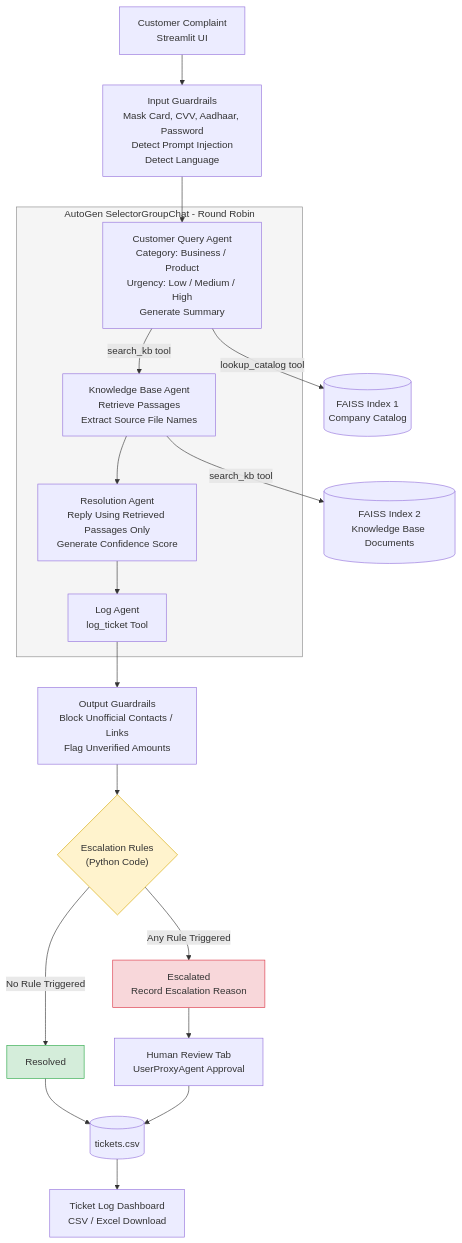
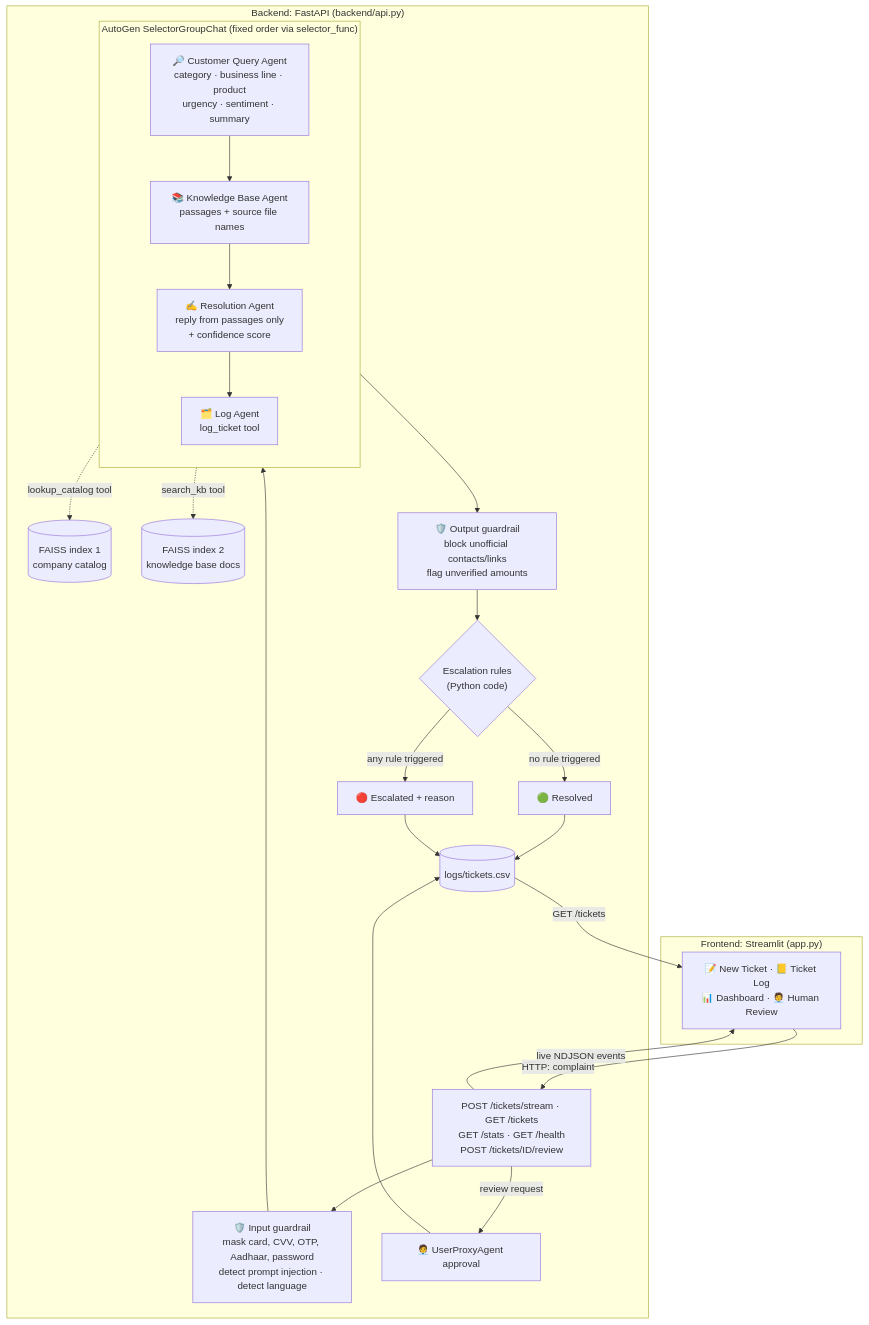
Before and after one commit to rennyevangeline96/ShopEase-customer-support-agent: the diagram in README.md, drawn with Mermaid. The commit also changed other lines of this file and 5 other files, not shown here.

````diff
--- a/README.md
+++ b/README.md
@@ -36,45 +36,41 @@
 ```mermaid
 flowchart TD
-    A["Customer Complaint<br/>Streamlit UI"] --> B["Input Guardrails<br/>Mask Card, CVV, Aadhaar, Password<br/>Detect Prompt Injection<br/>Detect Language"]
-
-    B --> C
-
-    subgraph AGENTS["AutoGen SelectorGroupChat - Round Robin"]
-        C["Customer Query Agent<br/>Category: Business / Product<br/>Urgency: Low / Medium / High<br/>Generate Summary"]
-
-        D["Knowledge Base Agent<br/>Retrieve Passages<br/>Extract Source File Names"]
-
-        E["Resolution Agent<br/>Reply Using Retrieved Passages Only<br/>Generate Confidence Score"]
-
-        F["Log Agent<br/>log_ticket Tool"]
-
-        C -->|"search_kb tool"| D
-        D --> E
-        E --> F
+    subgraph FE["Frontend: Streamlit (app.py)"]
+        UI["📝 New Ticket · 📒 Ticket Log<br/>📊 Dashboard · 🧑‍💼 Human Review"]
     end
 
-    G[("FAISS Index 1<br/>Company Catalog")]
-    H[("FAISS Index 2<br/>Knowledge Base Documents")]
+    subgraph BE["Backend: FastAPI (backend/api.py)"]
+        API["POST /tickets/stream · GET /tickets<br/>GET /stats · GET /health<br/>POST /tickets/ID/review"]
+        IG["🛡️ Input guardrail<br/>mask card, CVV, OTP, Aadhaar, password<br/>detect prompt injection · detect language"]
 
-    C -->|"lookup_catalog tool"| G
-    D -->|"search_kb tool"| H
+        subgraph TEAM["AutoGen SelectorGroupChat (fixed order via selector_func)"]
+            direction TB
+            Q["🔎 Customer Query Agent<br/>category · business line · product<br/>urgency · sentiment · summary"]
+            K["📚 Knowledge Base Agent<br/>passages + source file names"]
+            R["✍️ Resolution Agent<br/>reply from passages only<br/>+ confidence score"]
+            L["🗂️ Log Agent<br/>log_ticket tool"]
+            Q --> K --> R --> L
+        end
 
-    F --> I["Output Guardrails<br/>Block Unofficial Contacts / Links<br/>Flag Unverified Amounts"]
+        F1[("FAISS index 1<br/>company catalog")]
+        F2[("FAISS index 2<br/>knowledge base docs")]
+        OG["🛡️ Output guardrail<br/>block unofficial contacts/links<br/>flag unverified amounts"]
+        ER{"Escalation rules<br/>(Python code)"}
+        RES["🟢 Resolved"]
+        ESC["🔴 Escalated + reason"]
+        HR["🧑‍💼 UserProxyAgent approval"]
+        CSV[("logs/tickets.csv")]
 
-    I --> J{"Escalation Rules<br/>(Python Code)"}
+        API --> IG --> Q
+        Q -. "lookup_catalog tool" .-> F1
+        K -. "search_kb tool" .-> F2
+        L --> OG --> ER
+        ER -->|"no rule triggered"| RES --> CSV
+        ER -->|"any rule triggered"| ESC --> CSV
+        API -->|"review request"| HR --> CSV
+    end
 
-    J -->|"No Rule Triggered"| K["Resolved"]
-    J -->|"Any Rule Triggered"| L["Escalated<br/>Record Escalation Reason"]
-
-    L --> M["Human Review Tab<br/>UserProxyAgent Approval"]
-
-    K --> N[("tickets.csv")]
-    M --> N
-
-    N --> O["Ticket Log Dashboard<br/>CSV / Excel Download"]
-
-    style AGENTS fill:#f5f5f5,stroke:#888,stroke-width:1px
-    style J fill:#fff3cd,stroke:#d6a800
-    style K fill:#d4edda,stroke:#28a745
-    style L fill:#f8d7da,stroke:#dc3545
+    UI -->|"HTTP: complaint"| API
+    API -->|"live NDJSON events"| UI
+    CSV -->|"GET /tickets"| UI
 ```
````
